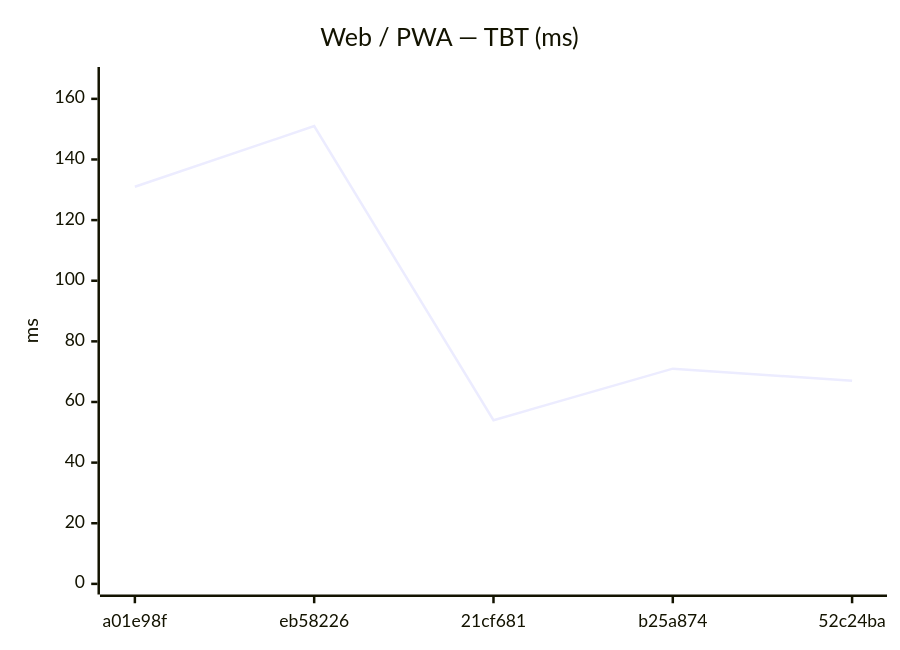
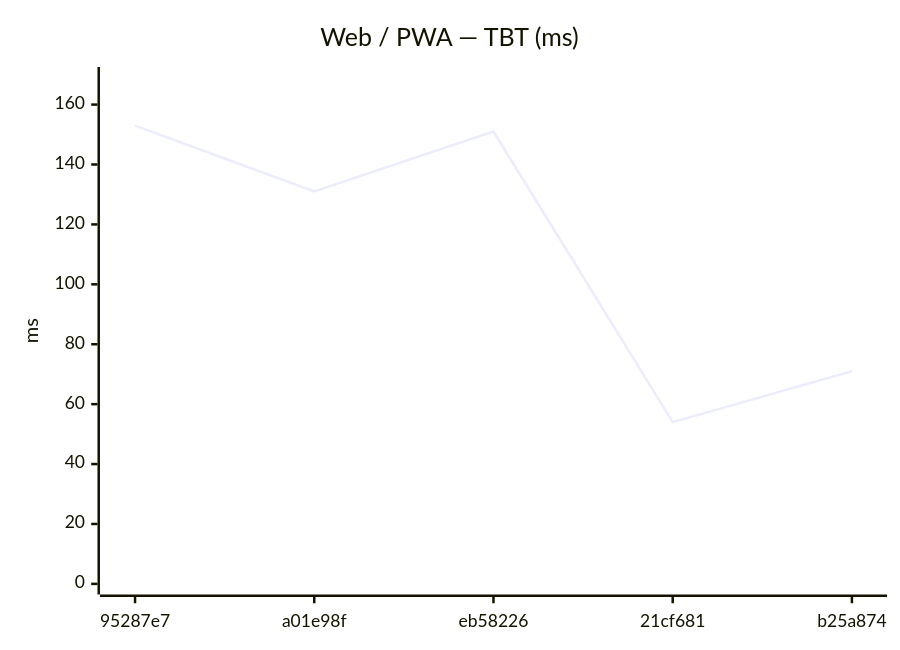
The eighth of 18 diagrams in benchmarks/compare.md (Metaheurist/Rianell), drawn with Mermaid before and after one commit. The commit also changed other lines of this file and 11 other files, not shown here.

````diff
--- a/benchmarks/compare.md
+++ b/benchmarks/compare.md
@@ -124,7 +124,7 @@
 ```mermaid
 xychart-beta
     title "Web / PWA — TBT (ms)"
-    x-axis ["a01e98f", "eb58226", "21cf681", "b25a874", "52c24ba"]
-    y-axis "ms" 0 --> 167
-    line [131, 151, 54, 71, 67]
+    x-axis ["95287e7", "a01e98f", "eb58226", "21cf681", "b25a874"]
+    y-axis "ms" 0 --> 169
+    line [153, 131, 151, 54, 71]
 ```
````
